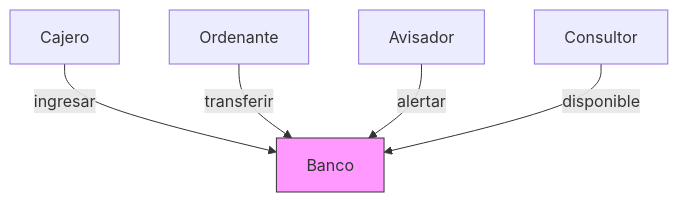
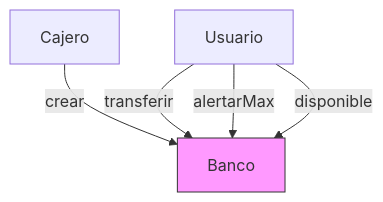
The diagram in README.md (eduardogalba/Blockchain), drawn with Mermaid before and after one commit. The commit also changed other lines of this file, not shown here.

````diff
--- a/README.md
+++ b/README.md
@@ -15,9 +13,9 @@
 ```mermaid
 graph TD
-    Cajero -->|ingresar| Banco
-    Ordenante -->|transferir| Banco
-    Avisador -->|alertar| Banco
-    Consultor -->|disponible| Banco
+    Cajero -->|crear| Banco
+    Usuario -->|transferir| Banco
+    Usuario -->|alertarMax| Banco
+    Usuario -->|disponible| Banco
     
     style Banco fill:#f9f,stroke:#333
 ```
````
